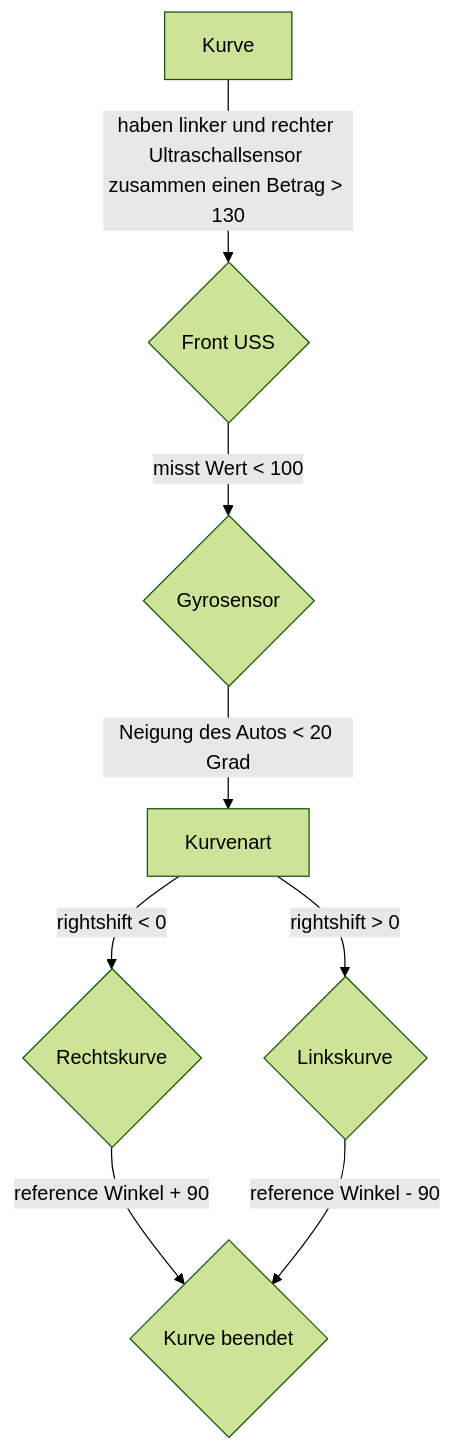
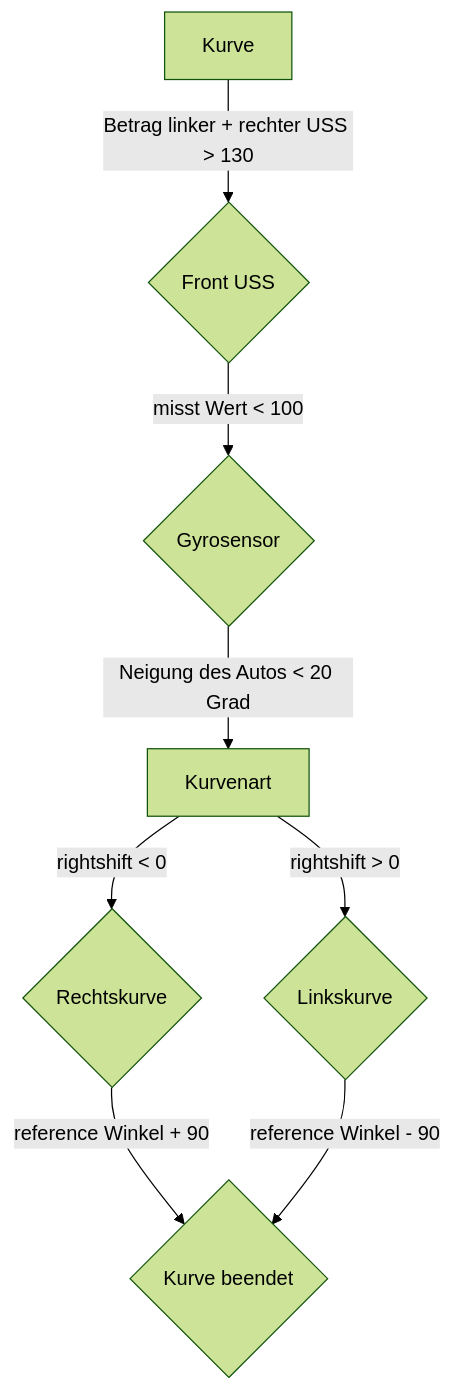
One commit to SchroedingersBit/PfortGTPanama changed the second of 2 diagrams in Programme/Eröffnungsrennen/README.md. Above: the diagram before and after it, drawn with Mermaid (forest theme).

````diff
--- a/Programme/Eröffnungsrennen/README.md
+++ b/Programme/Eröffnungsrennen/README.md
@@ -24,11 +24,11 @@
 ```mermaid
 flowchart TB;
-Kurve --> |haben linker und rechter Ultraschallsensor zusammen einen Betrag > 130| F{Front USS};
+Kurve --> |Betrag linker + rechter USS > 130| F{Front USS};
 F --> |misst Wert < 100| G{Gyrosensor};
 G --> |Neigung des Autos < 20 Grad|Kurvenart;
 Kurvenart --> |rightshift < 0| R{Rechtskurve};
 R --> |reference Winkel + 90 |K{Kurve beendet};
 Kurvenart --> |rightshift > 0| L{Linkskurve};
 L --> |reference Winkel - 90 |K;
 
 ```
````
